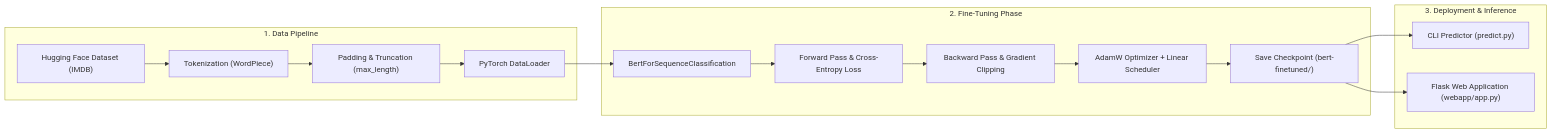
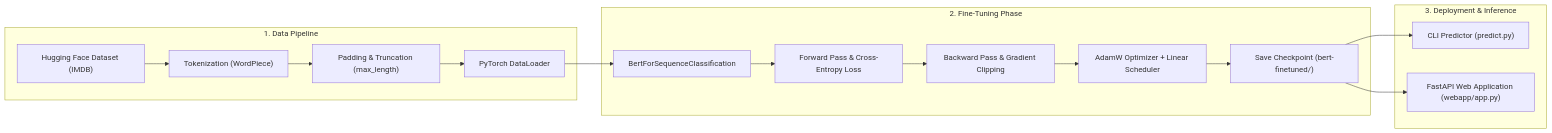
The second of 2 diagrams in README.md (Neelesh2133/Fine-Tuning-BERT), drawn with Mermaid before and after one commit. The commit also changed other lines of this file and 3 other files, not shown here.

Commit message:
Migrate web application backend from Flask to FastAPI with Uvicorn

````diff
--- a/README.md
+++ b/README.md
@@ -81,21 +81,21 @@
 ```mermaid
 flowchart LR
     subgraph DataPrep ["1. Data Pipeline"]
         A1["Hugging Face Dataset (IMDB)"] --> A2["Tokenization (WordPiece)"]
         A2 --> A3["Padding & Truncation (max_length)"]
         A3 --> A4["PyTorch DataLoader"]
     end
 
     subgraph TrainingLoop ["2. Fine-Tuning Phase"]
         A4 --> B1["BertForSequenceClassification"]
         B1 --> B2["Forward Pass & Cross-Entropy Loss"]
         B2 --> B3["Backward Pass & Gradient Clipping"]
         B3 --> B4["AdamW Optimizer + Linear Scheduler"]
         B4 --> B5["Save Checkpoint (bert-finetuned/)"]
     end
 
     subgraph Deployment ["3. Deployment & Inference"]
         B5 --> C1["CLI Predictor (predict.py)"]
-        B5 --> C2["Flask Web Application (webapp/app.py)"]
+        B5 --> C2["FastAPI Web Application (webapp/app.py)"]
     end
 ```
````
